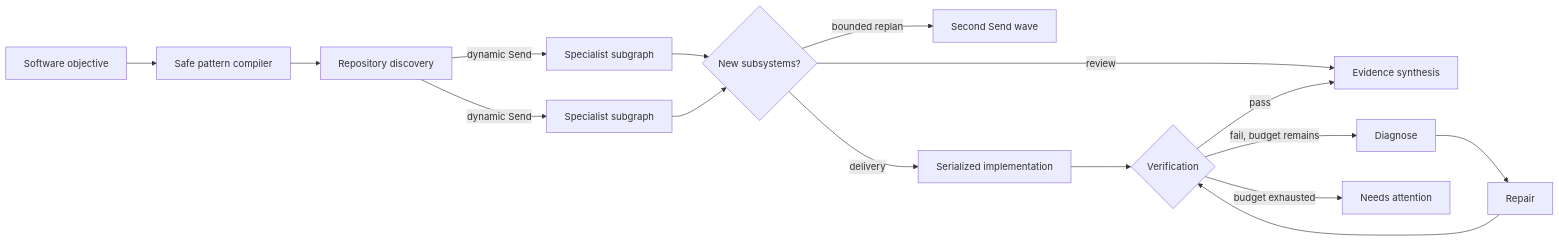
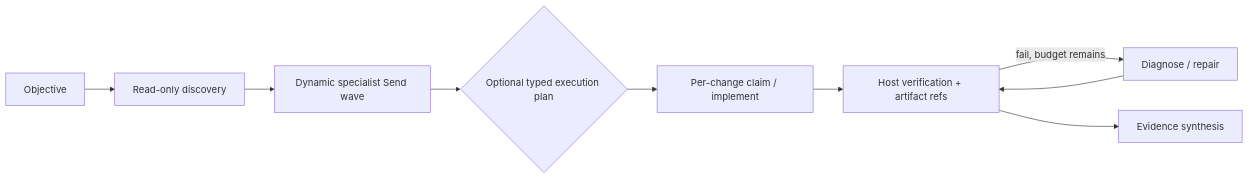
Before and after one commit to ThewindMom/pi-langgraph: the diagram in README.md, drawn with Mermaid. The commit also changed other lines of this file and 86 other files, not shown here.

````diff
--- a/README.md
+++ b/README.md
@@ -5,18 +5,11 @@
 ```mermaid
 flowchart LR
-  O[Software objective] --> C[Safe pattern compiler]
-  C --> D[Repository discovery]
-  D -->|dynamic Send| S1[Specialist subgraph]
-  D -->|dynamic Send| S2[Specialist subgraph]
-  S1 --> R{New subsystems?}
-  S2 --> R
-  R -->|bounded replan| D2[Second Send wave]
-  R -->|delivery| I[Serialized implementation]
-  R -->|review| Y[Evidence synthesis]
-  I --> V{Verification}
-  V -->|pass| Y
-  V -->|fail, budget remains| X[Diagnose]
-  X --> P[Repair]
-  P --> V
-  V -->|budget exhausted| E[Needs attention]
+ O[Objective] --> D[Read-only discovery]
+ D --> S[Dynamic specialist Send wave]
+ S --> P{Optional typed execution plan}
+ P --> C[Per-change claim / implement]
+ C --> V[Host verification + artifact refs]
+ V -->|fail, budget remains| R[Diagnose / repair]
+ R --> V
+ V --> Y[Evidence synthesis]
 ```
````
